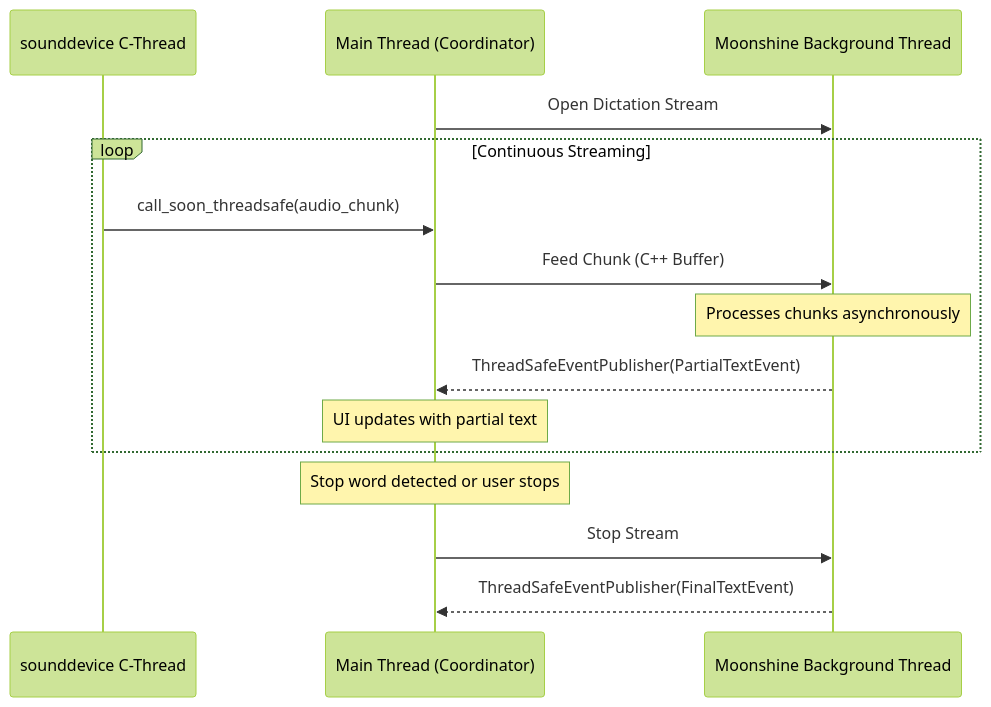
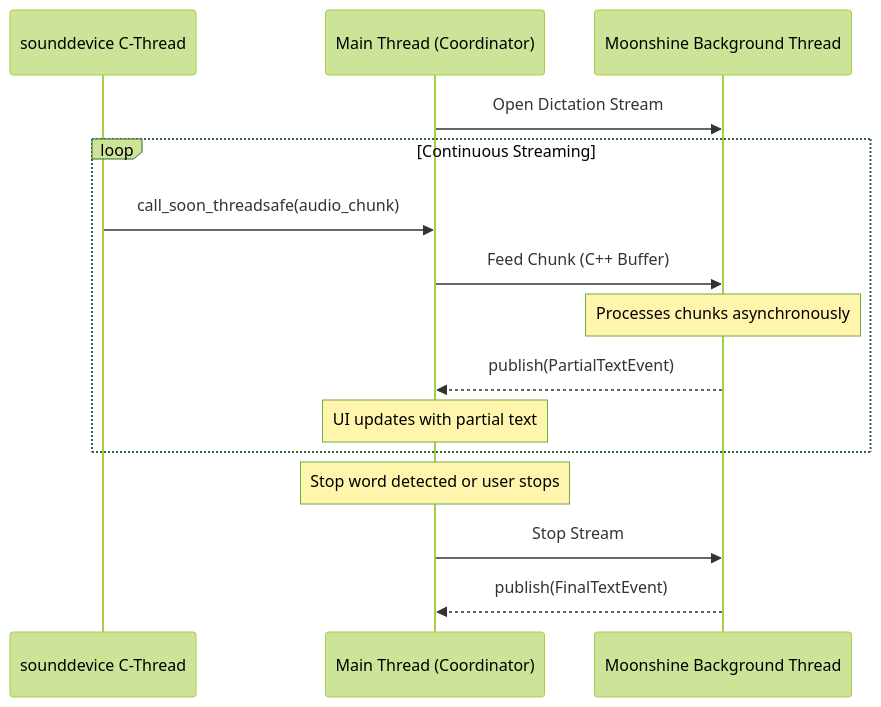
Before and after one commit to rick12000/vocalance: the second of 3 diagrams in docs/developer/concurrency_architecture.rst, drawn with Mermaid (forest theme). The commit also changed other lines of this file and 7 other files, not shown here.

```diff
--- a/docs/developer/concurrency_architecture.rst
+++ b/docs/developer/concurrency_architecture.rst
@@ -94,18 +95,18 @@
 .. mermaid::
 
    sequenceDiagram
        participant Mic as sounddevice C-Thread
        participant Main as Main Thread (Coordinator)
        participant STT as Moonshine Background Thread
 
        Main->>STT: Open Dictation Stream
        loop Continuous Streaming
            Mic->>Main: call_soon_threadsafe(audio_chunk)
            Main->>STT: Feed Chunk (C++ Buffer)
            Note over STT: Processes chunks asynchronously
-           STT-->>Main: ThreadSafeEventPublisher(PartialTextEvent)
+           STT-->>Main: publish(PartialTextEvent)
            Note over Main: UI updates with partial text
        end
        Note over Main: Stop word detected or user stops
        Main->>STT: Stop Stream
-       STT-->>Main: ThreadSafeEventPublisher(FinalTextEvent)
+       STT-->>Main: publish(FinalTextEvent)
```
